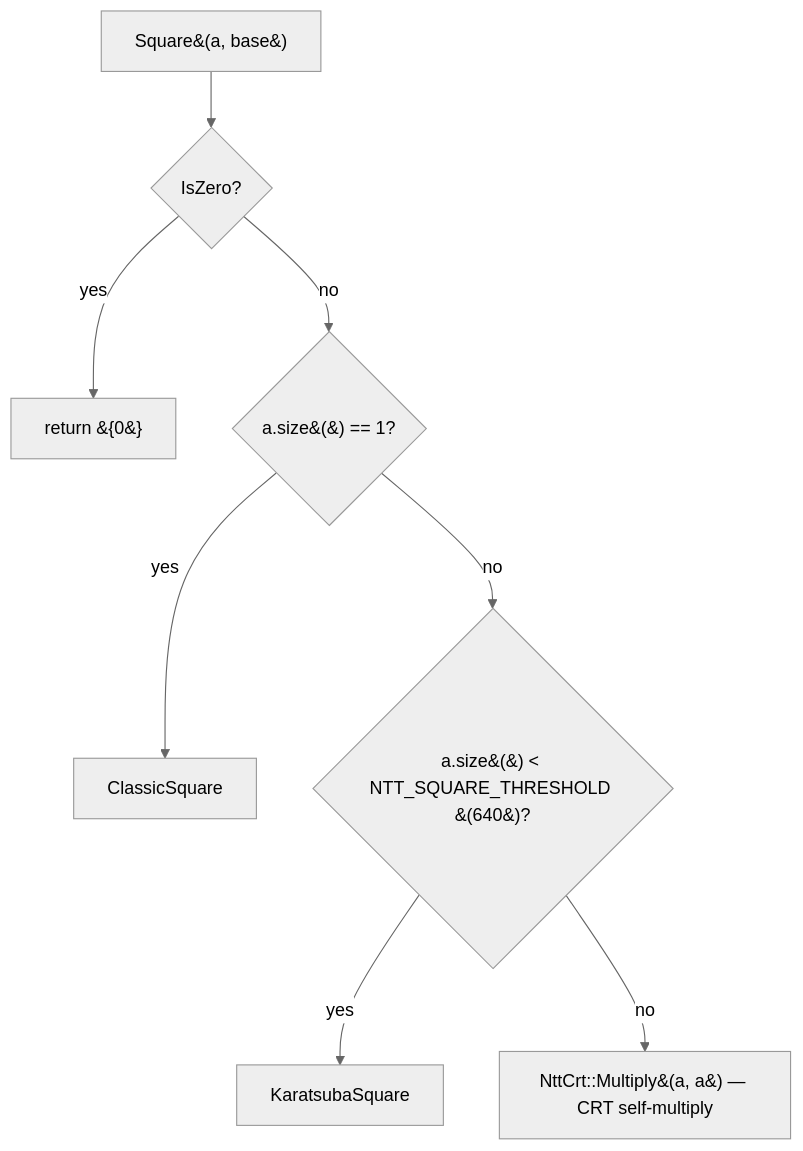
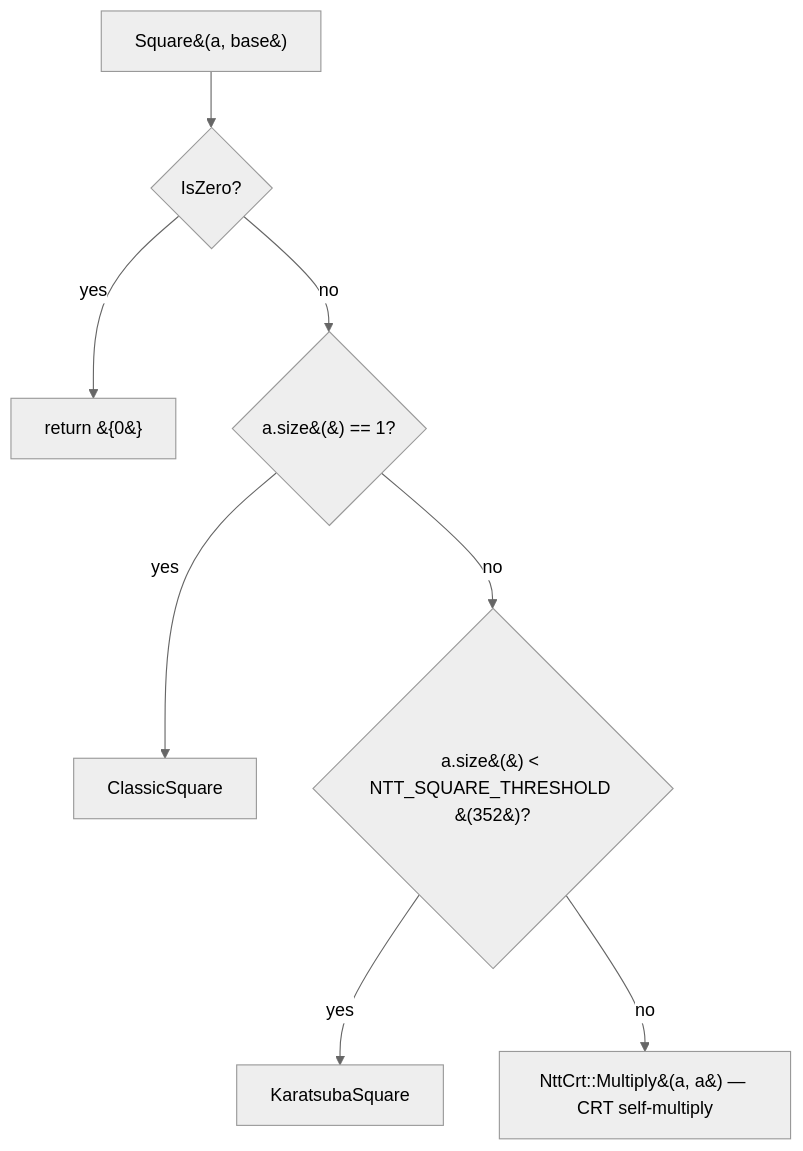
Before and after one commit to mmurshed/biginteger: the second of 2 diagrams in docs/MULTIPLICATION.md, drawn with Mermaid (neutral theme). The commit also changed other lines of this file and 9 other files, not shown here.

````diff
--- a/docs/MULTIPLICATION.md
+++ b/docs/MULTIPLICATION.md
@@ -108,10 +112,10 @@
 ```mermaid
 flowchart TD
     A[Square&#40;a, base&#41;] --> B{IsZero?}
     B -- yes --> Z[return &#123;0&#125;]
     B -- no --> C{a.size&#40;&#41; == 1?}
     C -- yes --> Sc[ClassicSquare]
-    C -- no --> D{a.size&#40;&#41; &lt; NTT_SQUARE_THRESHOLD &#40;640&#41;?}
+    C -- no --> D{a.size&#40;&#41; &lt; NTT_SQUARE_THRESHOLD &#40;352&#41;?}
     D -- yes --> K[KaratsubaSquare]
     D -- no --> N[NttCrt::Multiply&#40;a, a&#41; — CRT self-multiply]
 ```
````
